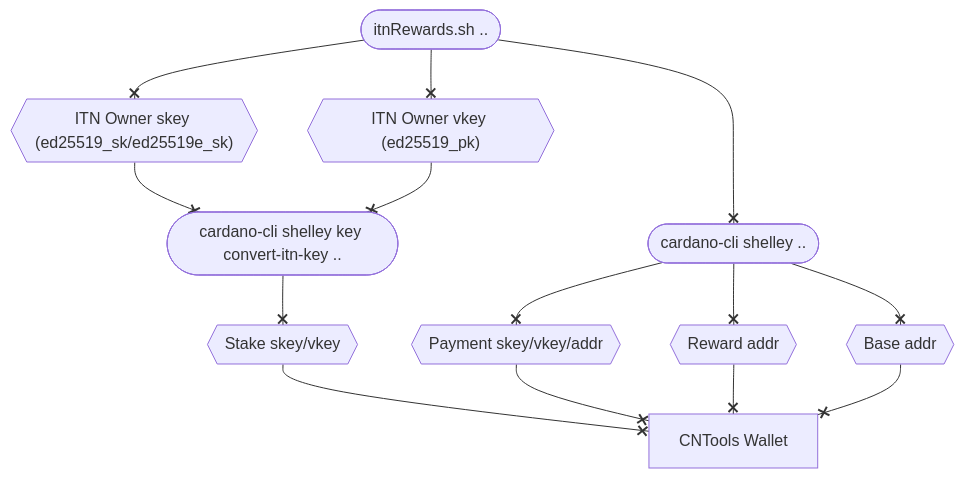
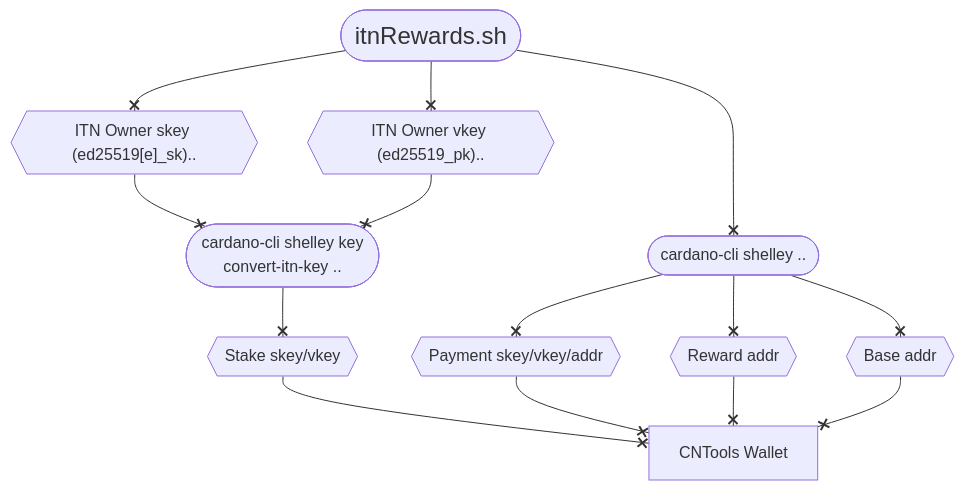
Before and after one commit to cardano-community/guild-operators: the diagram in docs/Scripts/itnrewards.md, drawn with Mermaid. The commit also changed other lines of this file and 1 other file, not shown here.

Commit message:
Update doco for mainnet, and ITN Rewards minor addition

````diff
--- a/docs/Scripts/itnrewards.md
+++ b/docs/Scripts/itnrewards.md
@@ -8,13 +8,13 @@
 ```mermaid
 graph TB
-    A(["itnRewards.sh .."])
-    A --x B{{"ITN Owner skey (ed25519_sk/ed25519e_sk)"}} --x D(["cardano-cli shelley key convert-itn-key .."])
-    A --x C{{"ITN Owner vkey (ed25519_pk)"}} --x D
+    A(["<font size=5>itnRewards.sh"])
+    A --x B{{"ITN Owner skey (ed25519[e]_sk).."}} --x D(["cardano-cli shelley key <br>convert-itn-key .."])
+    A --x C{{"ITN Owner vkey (ed25519_pk).."}} --x D
     D --x E{{"Stake skey/vkey"}} --x L
     A --x F(["cardano-cli shelley .."])
     F --x G{{"Payment skey/vkey/addr"}} --x L
     F --x H{{"Reward addr"}} --x L
     F --x I{{"Base addr"}} --x L
     L[CNTools Wallet]
     ;
 ```
````
